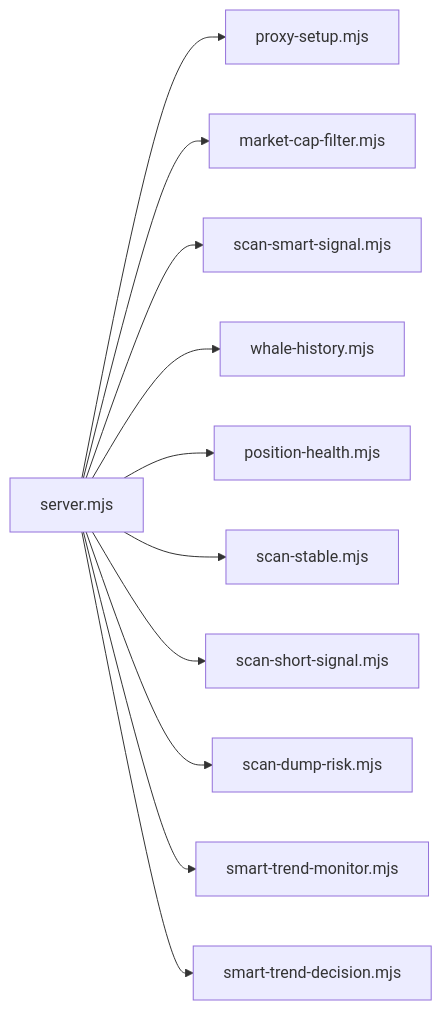
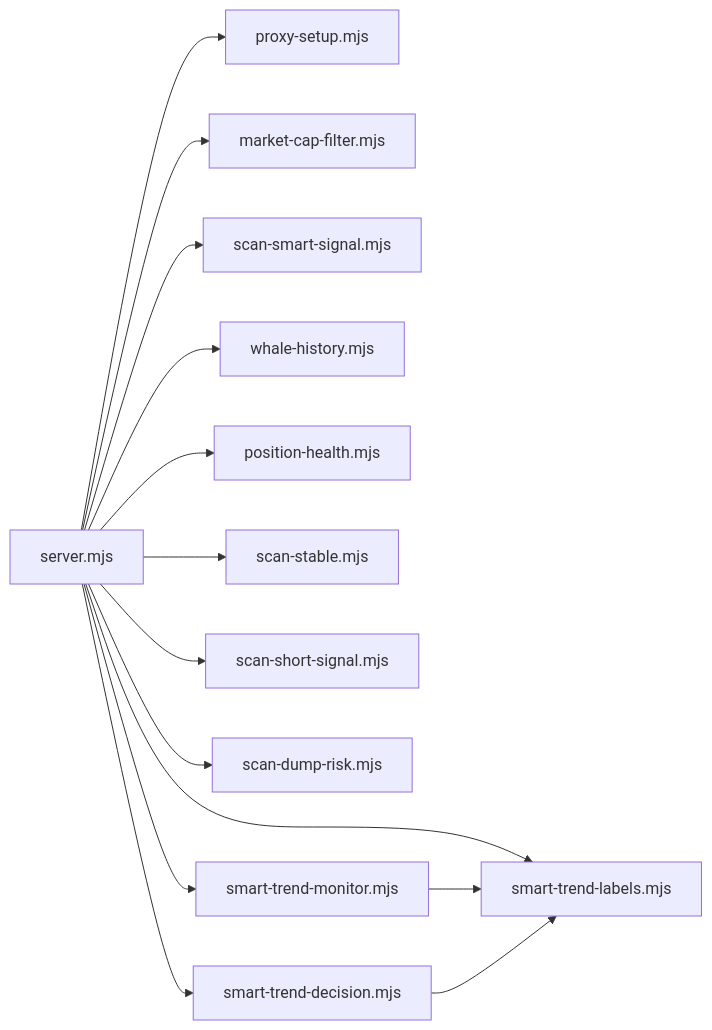
Before and after one commit to kekexilinan/BinaceSmart: diagram 11 of 11 in .qoder/repowiki/zh/content/核心功能模块/聪明钱监控系统.md, drawn with Mermaid. The commit also changed other lines of this file and 51 other files, not shown here.

````diff
--- a/.qoder/repowiki/zh/content/核心功能模块/聪明钱监控系统.md
+++ b/.qoder/repowiki/zh/content/核心功能模块/聪明钱监控系统.md
@@ -365,13 +426,16 @@
 ```mermaid
 graph LR
 server["server.mjs"] --> proxy["proxy-setup.mjs"]
 server --> mcf["market-cap-filter.mjs"]
 server --> ss["scan-smart-signal.mjs"]
 server --> wh["whale-history.mjs"]
 server --> ph["position-health.mjs"]
 server --> st["scan-stable.mjs"]
 server --> sh["scan-short-signal.mjs"]
 server --> dr["scan-dump-risk.mjs"]
 server --> tm["smart-trend-monitor.mjs"]
 server --> td["smart-trend-decision.mjs"]
+server --> tl["smart-trend-labels.mjs"]
+tm --> tl
+td --> tl
 ```
````
